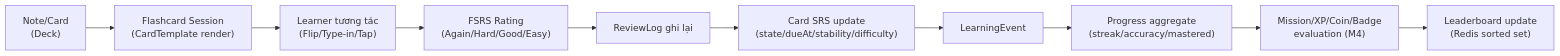
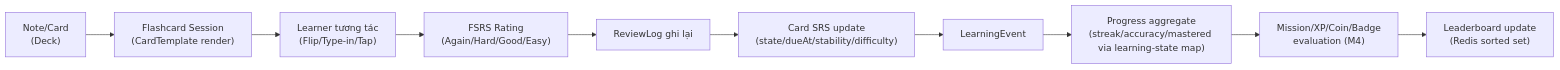
One commit to SnapVocab/docs changed the fourth of 6 diagrams in sa/sa.md. Above: the diagram before and after it, drawn with Mermaid. The commit also changed other lines of this file and 9 other files, not shown here.

````diff
--- a/sa/sa.md
+++ b/sa/sa.md
@@ -395,12 +400,12 @@
 ```mermaid
 flowchart LR
     A["Note/Card<br>(Deck)"] --> B["Flashcard Session<br>(CardTemplate render)"]
     B --> C["Learner tương tác<br>(Flip/Type-in/Tap)"]
     C --> D["FSRS Rating<br>(Again/Hard/Good/Easy)"]
     D --> E["ReviewLog ghi lại"]
     E --> F["Card SRS update<br>(state/dueAt/stability/difficulty)"]
     F --> G["LearningEvent"]
-    G --> H["Progress aggregate<br>(streak/accuracy/mastered)"]
+    G --> H["Progress aggregate<br>(streak/accuracy/mastered via learning-state map)"]
     H --> I["Mission/XP/Coin/Badge<br>evaluation (M4)"]
     I --> J["Leaderboard update<br>(Redis sorted set)"]
 ```
````
